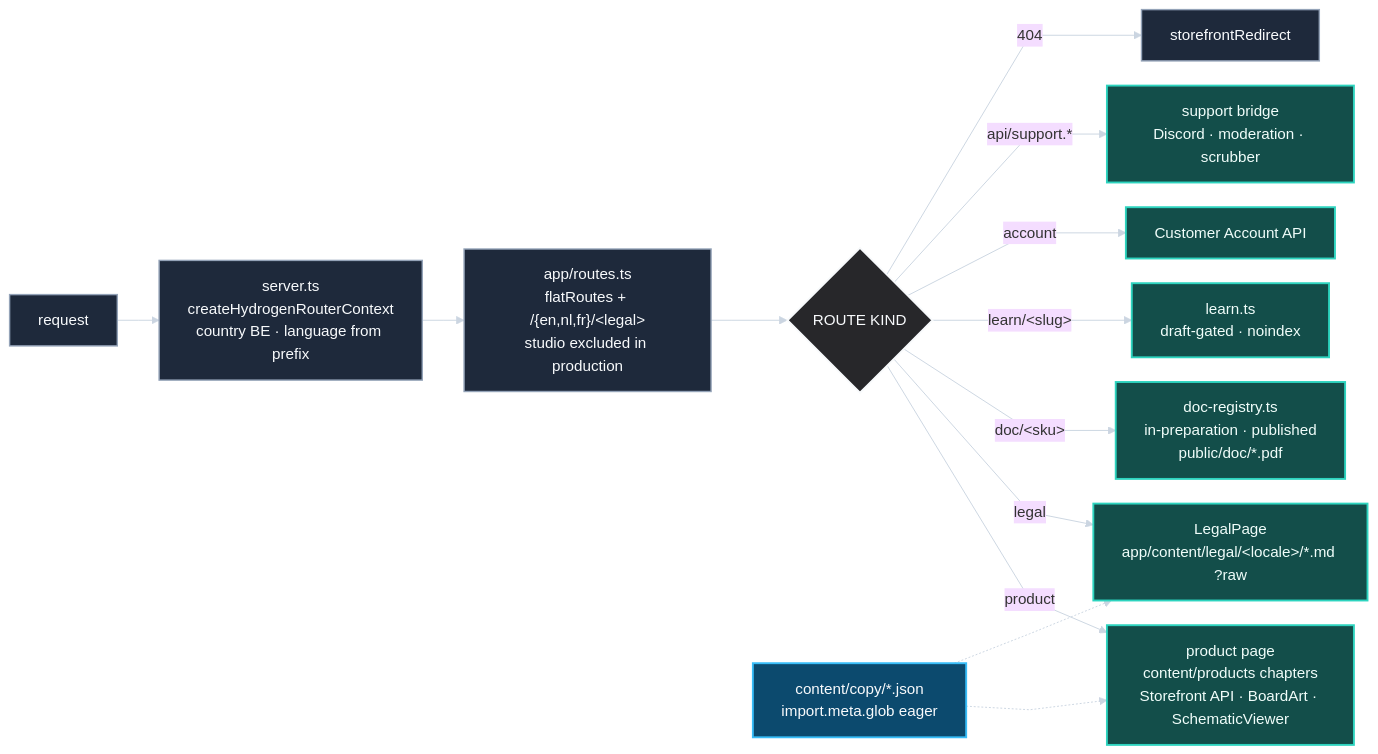
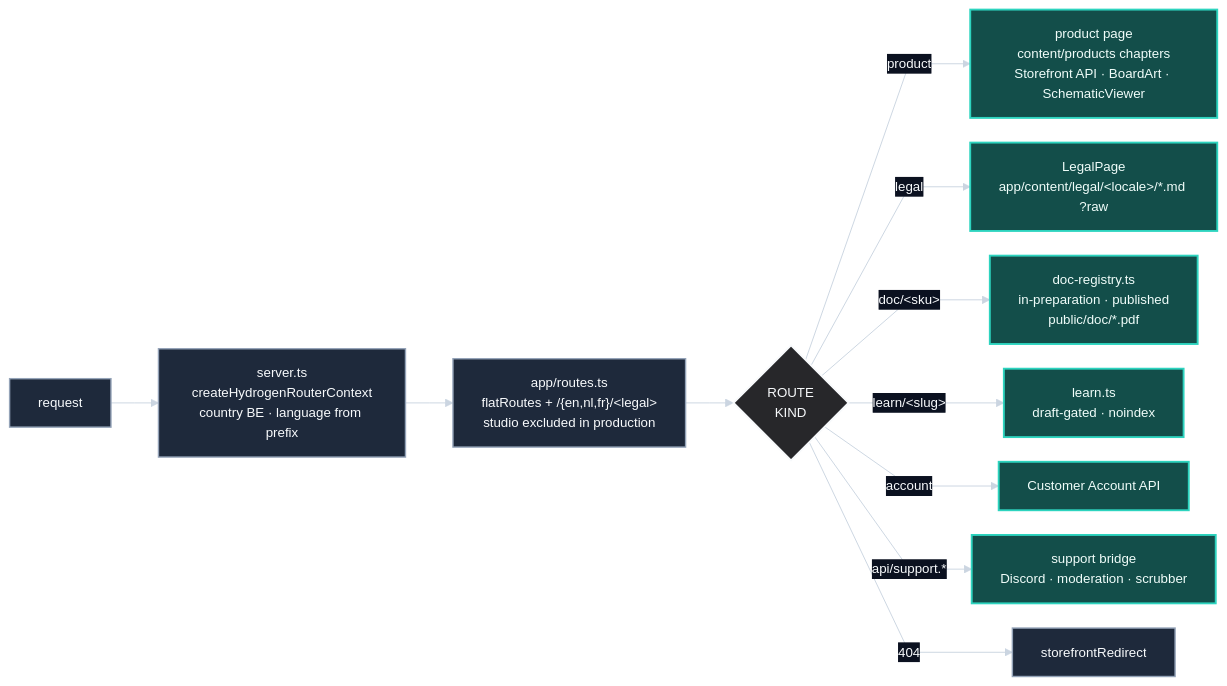
The third of 5 diagrams in OVERVIEW.md (OpenDrone-hw/OpenDrone-Web), drawn with Mermaid before and after one commit. The commit also changed other lines of this file, not shown here.

````diff
--- a/OVERVIEW.md
+++ b/OVERVIEW.md
@@ -124,27 +122,22 @@
 ```mermaid
-%%{init: {"theme": "base", "themeVariables": {"background": "#0b1120", "lineColor": "#cbd5e1", "fontFamily": "Inter, ui-sans-serif, system-ui"}, "flowchart": {"curve": "linear", "nodeSpacing": 26, "rankSpacing": 44}}}%%
+%%{init: {"theme": "base", "themeVariables": {"background": "#0b1120", "lineColor": "#cbd5e1", "primaryTextColor": "#f8fafc", "edgeLabelBackground": "#0b1120", "fontSize": "14px"}, "flowchart": {"curve": "linear", "nodeSpacing": 26, "rankSpacing": 50}}}%%
 flowchart LR
     REQ["request"] --> SRV["server.ts<br/>createHydrogenRouterContext<br/>country BE · language from prefix"]
     SRV --> RTS["app/routes.ts<br/>flatRoutes + /{en,nl,fr}/&lt;legal&gt;<br/>studio excluded in production"]
-    RTS --> KIND{"ROUTE KIND"}
+    RTS --> KIND{"ROUTE<br/>KIND"}
     KIND -->|"product"| PROD["product page<br/>content/products chapters<br/>Storefront API · BoardArt · SchematicViewer"]
     KIND -->|"legal"| LEG["LegalPage<br/>app/content/legal/&lt;locale&gt;/*.md ?raw"]
     KIND -->|"doc/&lt;sku&gt;"| DOC["doc-registry.ts<br/>in-preparation · published<br/>public/doc/*.pdf"]
     KIND -->|"learn/&lt;slug&gt;"| LRN["learn.ts<br/>draft-gated · noindex"]
     KIND -->|"account"| ACC["Customer Account API"]
     KIND -->|"api/support.*"| SUP["support bridge<br/>Discord · moderation · scrubber"]
     KIND -->|"404"| RED["storefrontRedirect"]
 
-    COPY["content/copy/*.json<br/>import.meta.glob eager"] -.-> PROD
-    COPY -.-> LEG
-
     classDef step fill:#1e293b,stroke:#94a3b8,color:#f8fafc,stroke-width:1.5px;
     classDef gate fill:#27272a,stroke:#f8fafc,color:#f8fafc,stroke-width:2px;
     classDef page fill:#134e4a,stroke:#2dd4bf,color:#f0fdfa,stroke-width:2px;
-    classDef data fill:#0c4a6e,stroke:#38bdf8,color:#f8fafc,stroke-width:2px;
 
     class REQ,SRV,RTS,RED step;
     class KIND gate;
     class PROD,LEG,DOC,LRN,ACC,SUP page;
-    class COPY data;
 ```
````
